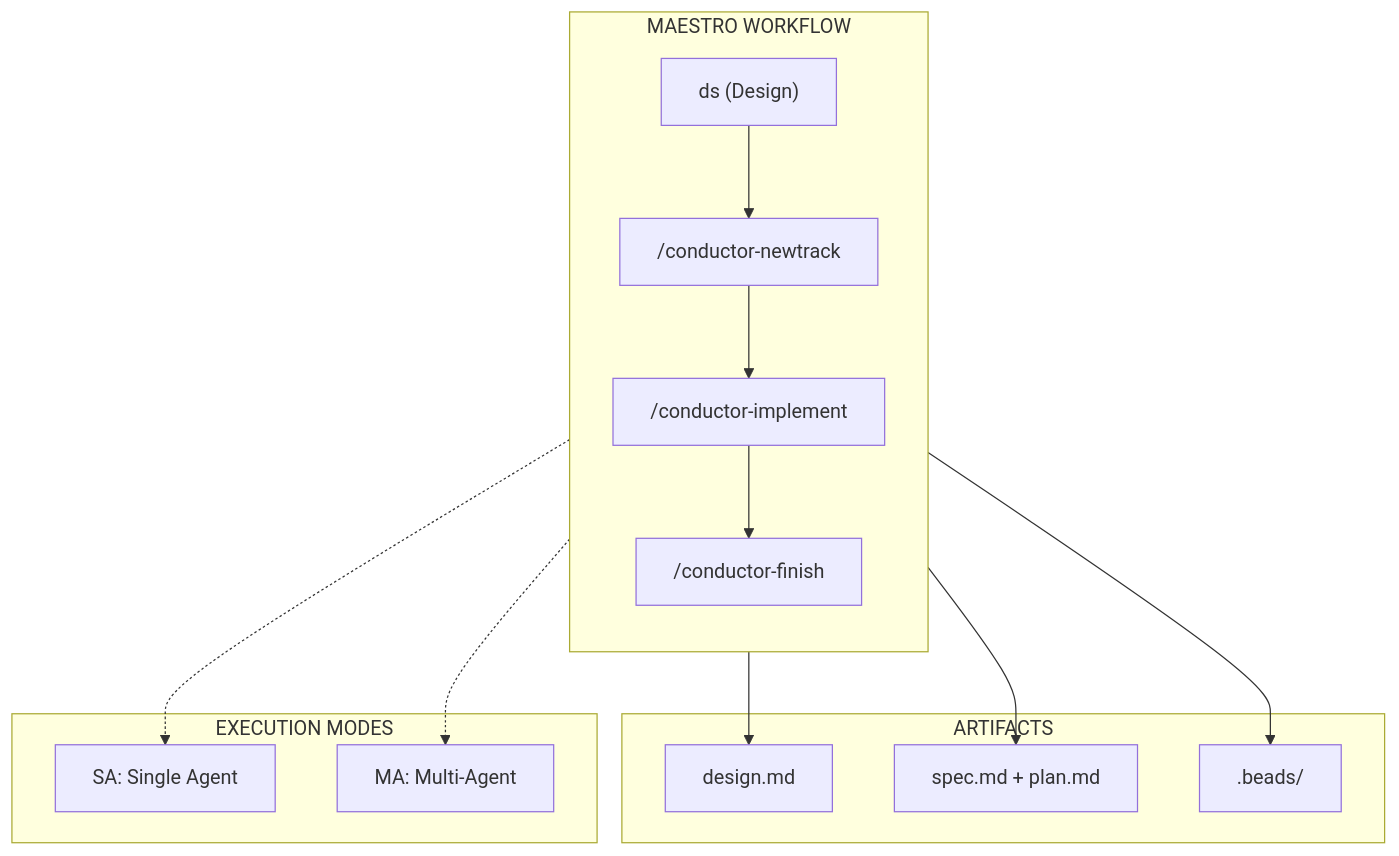
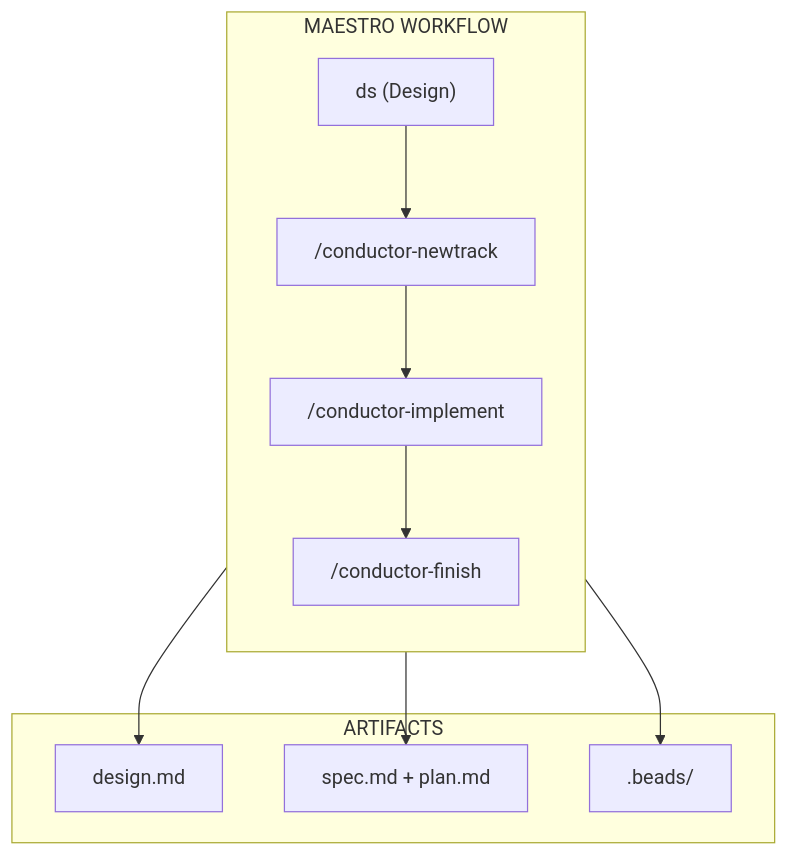
One commit to ReinaMacCredy/maestro changed the first of 4 diagrams in docs/ARCHITECTURE.md. Above: the diagram before and after it, drawn with Mermaid. The commit also changed other lines of this file and 53 other files, not shown here.

````diff
--- a/docs/ARCHITECTURE.md
+++ b/docs/ARCHITECTURE.md
@@ -7,26 +7,19 @@
 ```mermaid
 flowchart TB
     subgraph WORKFLOW["MAESTRO WORKFLOW"]
         direction TB
         DS["ds (Design)"] --> NEWTRACK["/conductor-newtrack"]
         NEWTRACK --> IMPLEMENT["/conductor-implement"]
         IMPLEMENT --> FINISH["/conductor-finish"]
     end
 
     subgraph ARTIFACTS["ARTIFACTS"]
         DESIGN["design.md"]
         SPEC["spec.md + plan.md"]
         BEADS[".beads/"]
     end
 
-    subgraph MODES["EXECUTION MODES"]
-        SA["SA: Single Agent"]
-        MA["MA: Multi-Agent"]
-    end
-
     DS --> DESIGN
     NEWTRACK --> SPEC
     NEWTRACK --> BEADS
-    IMPLEMENT -.-> SA
-    IMPLEMENT -.-> MA
 ```
````
